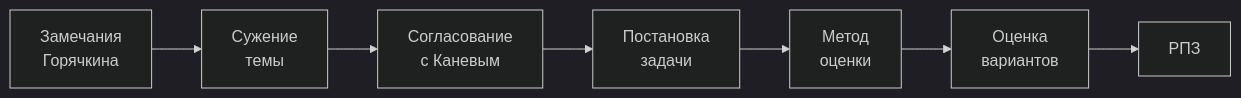
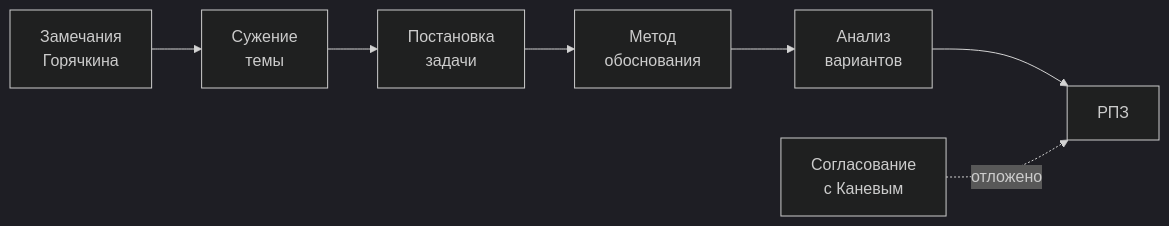
Diagram 17 of 19 in docs/ergonomics-methodology/kr-topic-consultation-report.md (RedAlexDad/WalkingRobotSim), drawn with Mermaid (dark theme) before and after one commit. The commit also changed other lines of this file and 1 other file, not shown here.

First line of the commit message:
docs: переосмыслить тему КР и метод обоснования

````diff
--- a/docs/ergonomics-methodology/kr-topic-consultation-report.md
+++ b/docs/ergonomics-methodology/kr-topic-consultation-report.md
@@ -855,9 +970,9 @@
 ```mermaid
 graph LR
     A["Замечания<br/>Горячкина"] --> B["Сужение<br/>темы"]
-    B --> C["Согласование<br/>с Каневым"]
-    C --> D["Постановка<br/>задачи"]
-    D --> E["Метод<br/>оценки"]
-    E --> F["Оценка<br/>вариантов"]
+    B --> D["Постановка<br/>задачи"]
+    D --> E["Метод<br/>обоснования"]
+    E --> F["Анализ<br/>вариантов"]
     F --> G["РПЗ"]
+    C["Согласование<br/>с Каневым"] -.->|"отложено"| G
 ```
````
